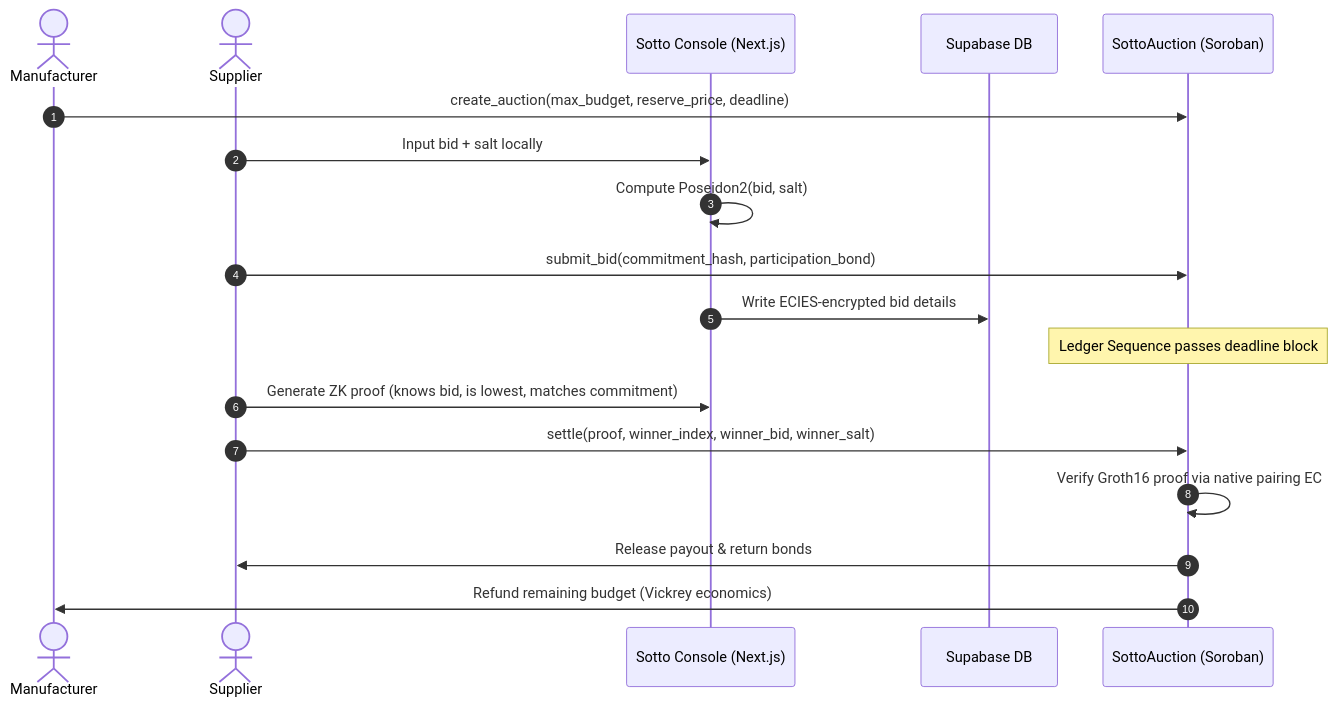
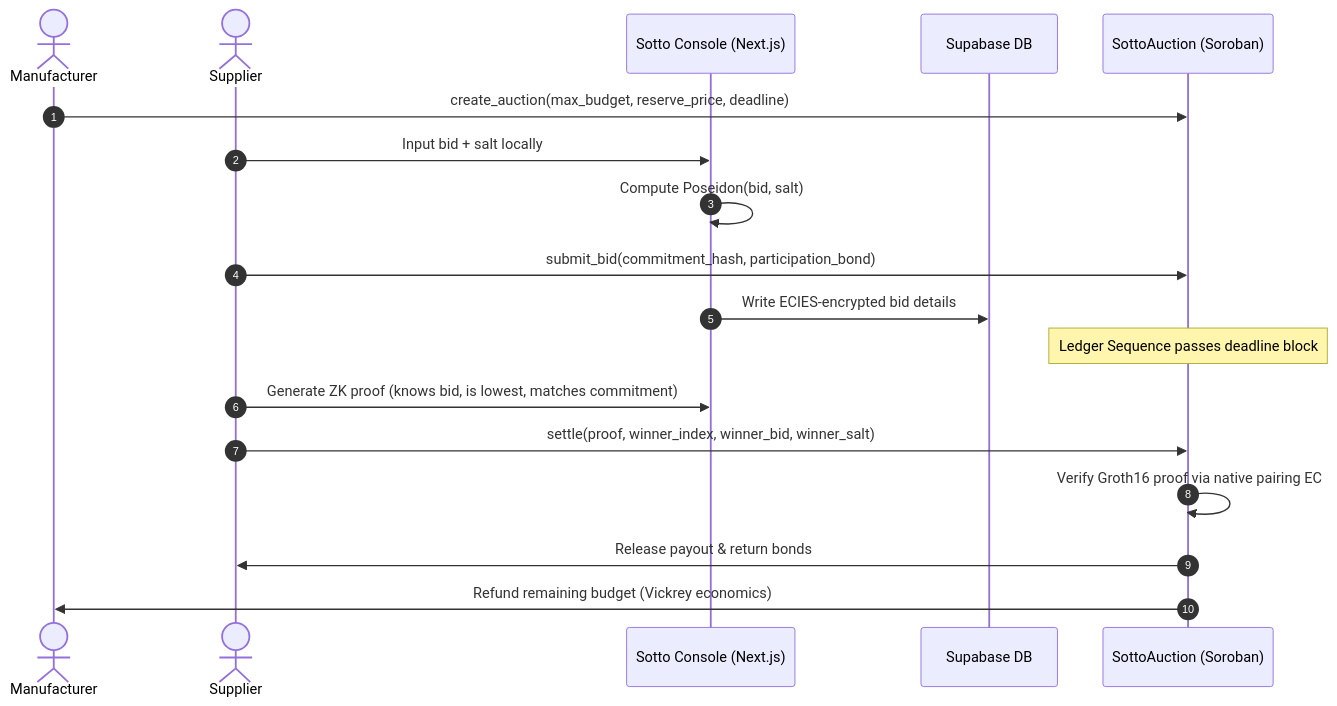
Before and after one commit to edycutjong/sotto: the first of 2 diagrams in README.md, drawn with Mermaid. The commit also changed other lines of this file and 19 other files, not shown here.

````diff
--- a/README.md
+++ b/README.md
@@ -82,21 +98,21 @@
 ```mermaid
 sequenceDiagram
     autonumber
     actor Manufacturer as Manufacturer
     actor Supplier as Supplier
     participant Client as Sotto Console (Next.js)
     participant DB as Supabase DB
     participant Contract as SottoAuction (Soroban)
 
     Manufacturer->>Contract: create_auction(max_budget, reserve_price, deadline)
     Supplier->>Client: Input bid + salt locally
-    Client->>Client: Compute Poseidon2(bid, salt)
+    Client->>Client: Compute Poseidon(bid, salt)
     Supplier->>Contract: submit_bid(commitment_hash, participation_bond)
     Client->>DB: Write ECIES-encrypted bid details
     Note over Contract: Ledger Sequence passes deadline block
     Supplier->>Client: Generate ZK proof (knows bid, is lowest, matches commitment)
     Supplier->>Contract: settle(proof, winner_index, winner_bid, winner_salt)
     Contract->>Contract: Verify Groth16 proof via native pairing EC
     Contract->>Supplier: Release payout & return bonds
     Contract->>Manufacturer: Refund remaining budget (Vickrey economics)
 ```
````
